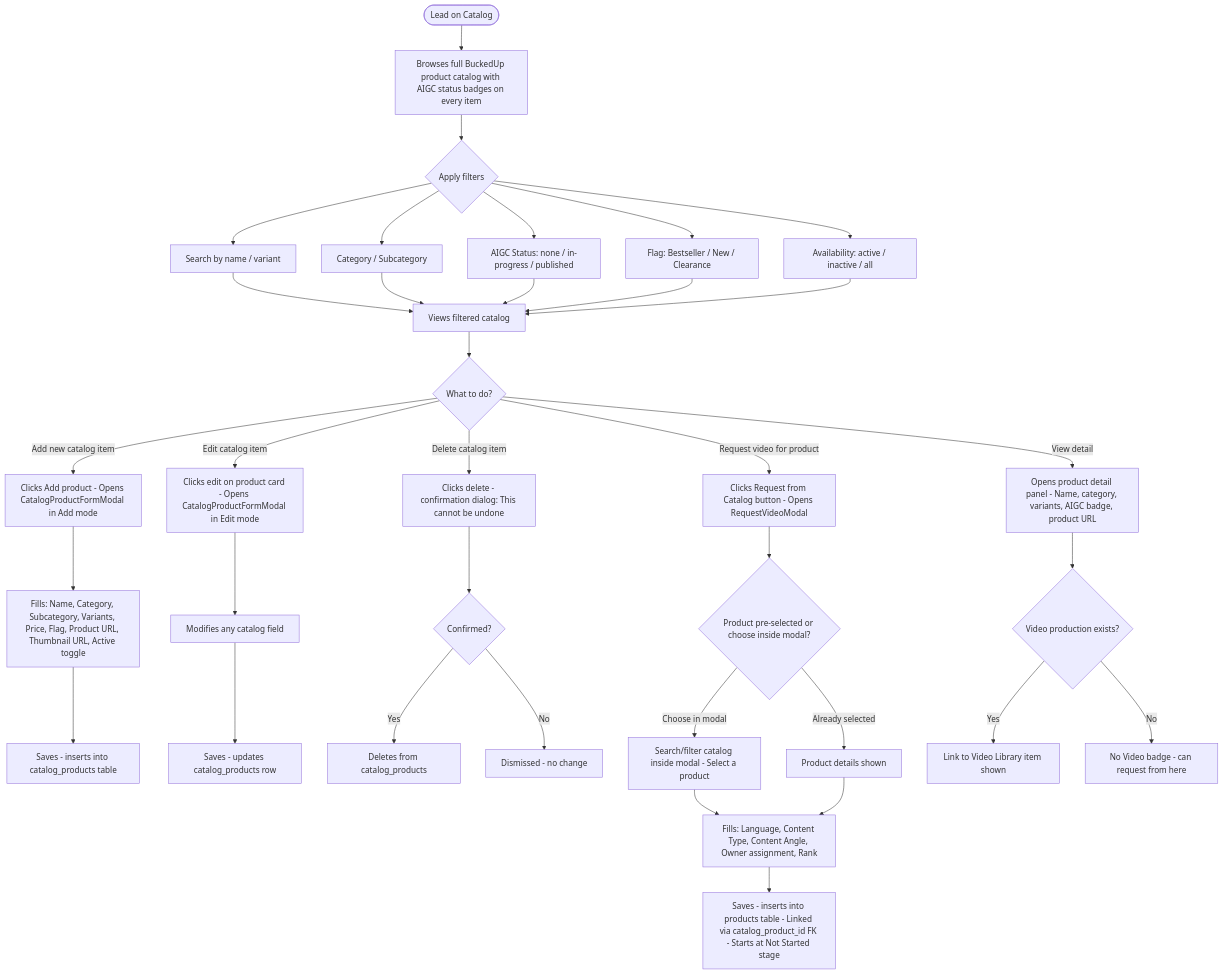
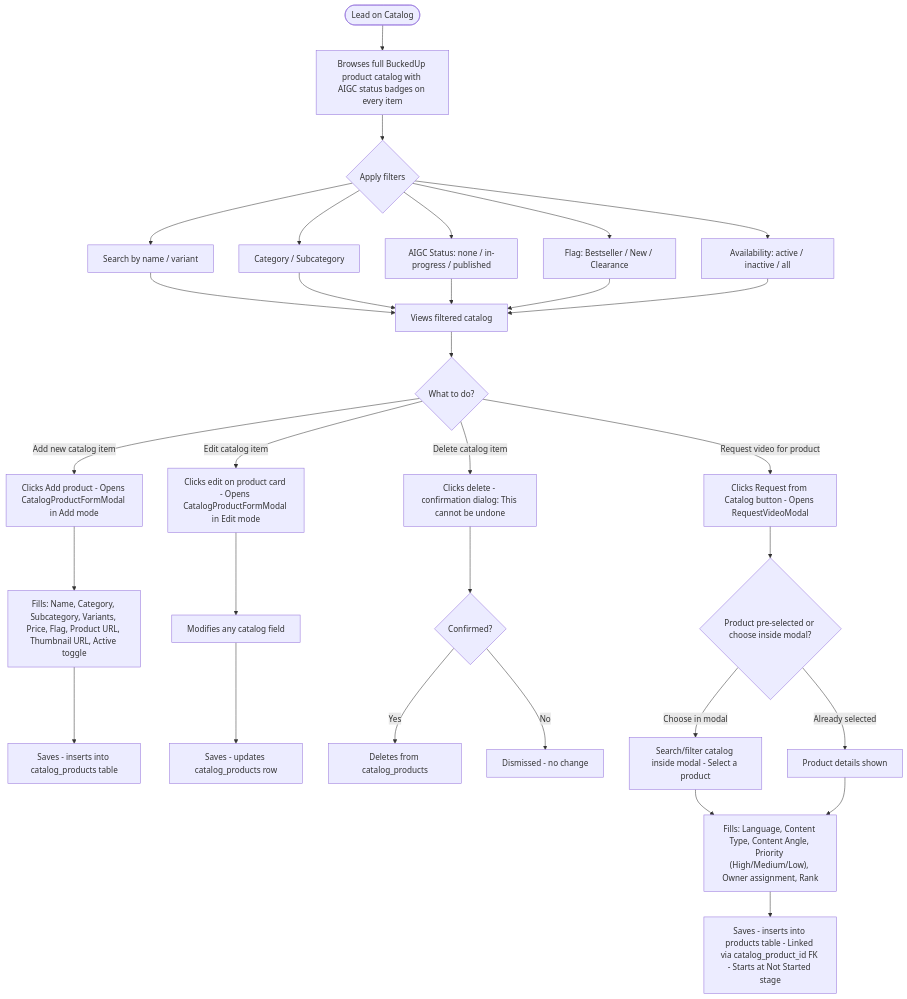
Before and after one commit to Lyduke56/BuckedUp-Dashboard-Lifewood: the tenth of 18 diagrams in role_workflows.md, drawn with Mermaid. The commit also changed other lines of this file and 6 other files, not shown here.

````diff
--- a/role_workflows.md
+++ b/role_workflows.md
@@ -354,38 +300,33 @@
 ```mermaid
 flowchart TD
     A([Lead on Catalog]) --> B["Browses full BuckedUp product catalog with AIGC status badges on every item"]
     B --> C{Apply filters}
     C --> D[Search by name / variant]
     C --> E[Category / Subcategory]
     C --> F["AIGC Status: none / in-progress / published"]
     C --> G["Flag: Bestseller / New / Clearance"]
     C --> H["Availability: active / inactive / all"]
     D & E & F & G & H --> I[Views filtered catalog]
 
     I --> J{What to do?}
 
     J -- "Add new catalog item" --> K["Clicks Add product - Opens CatalogProductFormModal in Add mode"]
     K --> K1["Fills: Name, Category, Subcategory, Variants, Price, Flag, Product URL, Thumbnail URL, Active toggle"]
     K1 --> K2["Saves - inserts into catalog_products table"]
 
     J -- "Edit catalog item" --> L["Clicks edit on product card - Opens CatalogProductFormModal in Edit mode"]
     L --> L1[Modifies any catalog field]
     L1 --> L2["Saves - updates catalog_products row"]
 
     J -- "Delete catalog item" --> M["Clicks delete - confirmation dialog: This cannot be undone"]
     M --> M1{Confirmed?}
     M1 -- Yes --> M2[Deletes from catalog_products]
     M1 -- No --> M3["Dismissed - no change"]
 
     J -- "Request video for product" --> N["Clicks Request from Catalog button - Opens RequestVideoModal"]
     N --> N1{"Product pre-selected or choose inside modal?"}
     N1 -- "Choose in modal" --> N2["Search/filter catalog inside modal - Select a product"]
     N1 -- "Already selected" --> N3[Product details shown]
-    N2 & N3 --> N4["Fills: Language, Content Type, Content Angle, Owner assignment, Rank"]
+    N2 & N3 --> N4["Fills: Language, Content Type, Content Angle, Priority (High/Medium/Low), Owner assignment, Rank"]
     N4 --> N5["Saves - inserts into products table - Linked via catalog_product_id FK - Starts at Not Started stage"]
-
-    J -- "View detail" --> O["Opens product detail panel - Name, category, variants, AIGC badge, product URL"]
-    O --> P{Video production exists?}
-    P -- Yes --> Q[Link to Video Library item shown]
-    P -- No --> R["No Video badge - can request from here"]
 ```
````
